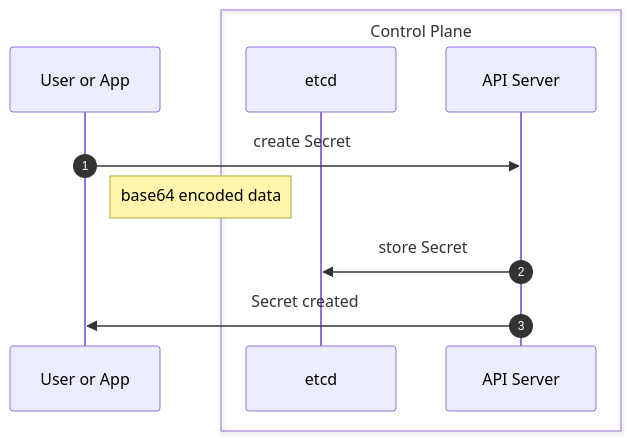
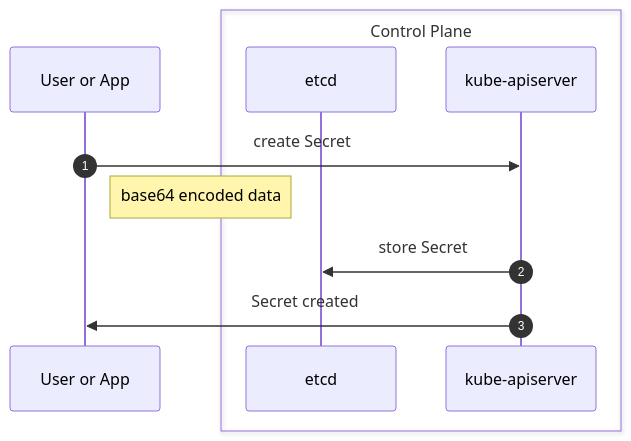
Before and after one commit to PacktPublishing/Kubernetes-Secrets-Handbook: the first of 2 diagrams in ch01/example02/readme.md, drawn with Mermaid. The commit also changed other lines of this file, not shown here.

````diff
--- a/ch01/example02/readme.md
+++ b/ch01/example02/readme.md
@@ -50,13 +50,13 @@
 ```mermaid
 sequenceDiagram
 participant User or App
 box Control Plane
 participant etcd
-participant API Server
+participant kube-apiserver
 end
 autonumber
-  User or App->>API Server: create Secret
+  User or App->>kube-apiserver: create Secret
   Note right of User or App: base64 encoded data
-  API Server->>etcd: store Secret
-  API Server->>User or App: Secret created
+  kube-apiserver->>etcd: store Secret
+  kube-apiserver->>User or App: Secret created
 ```
````
